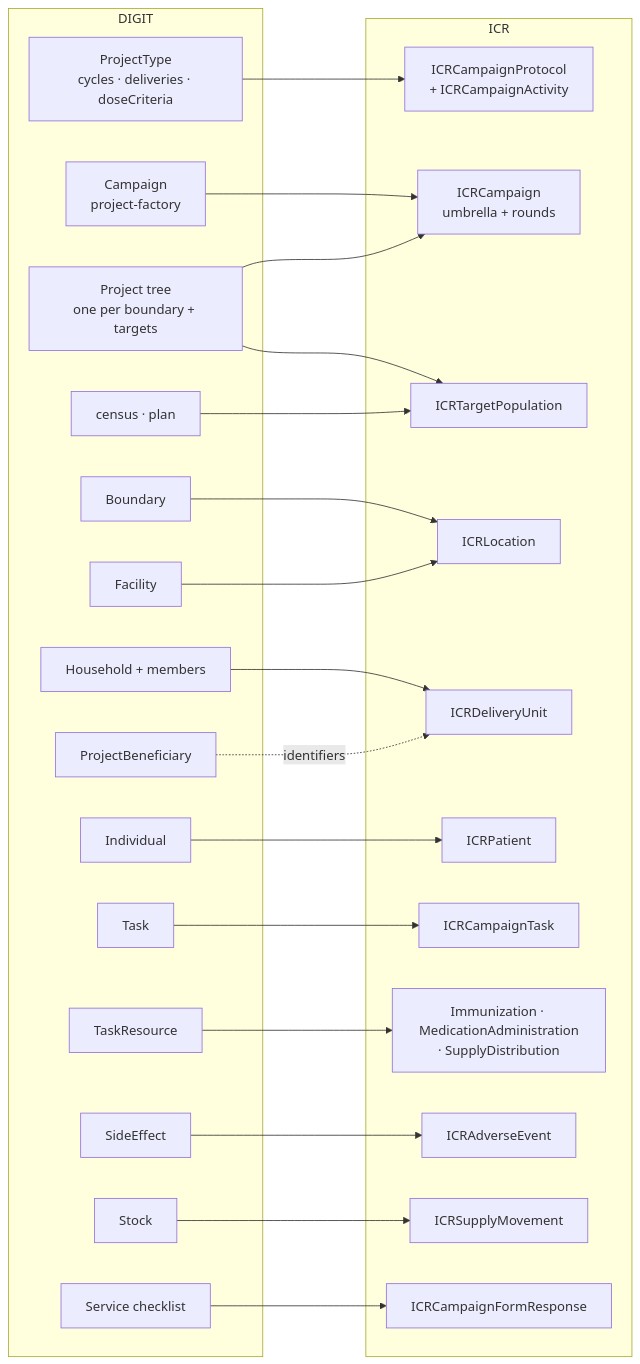
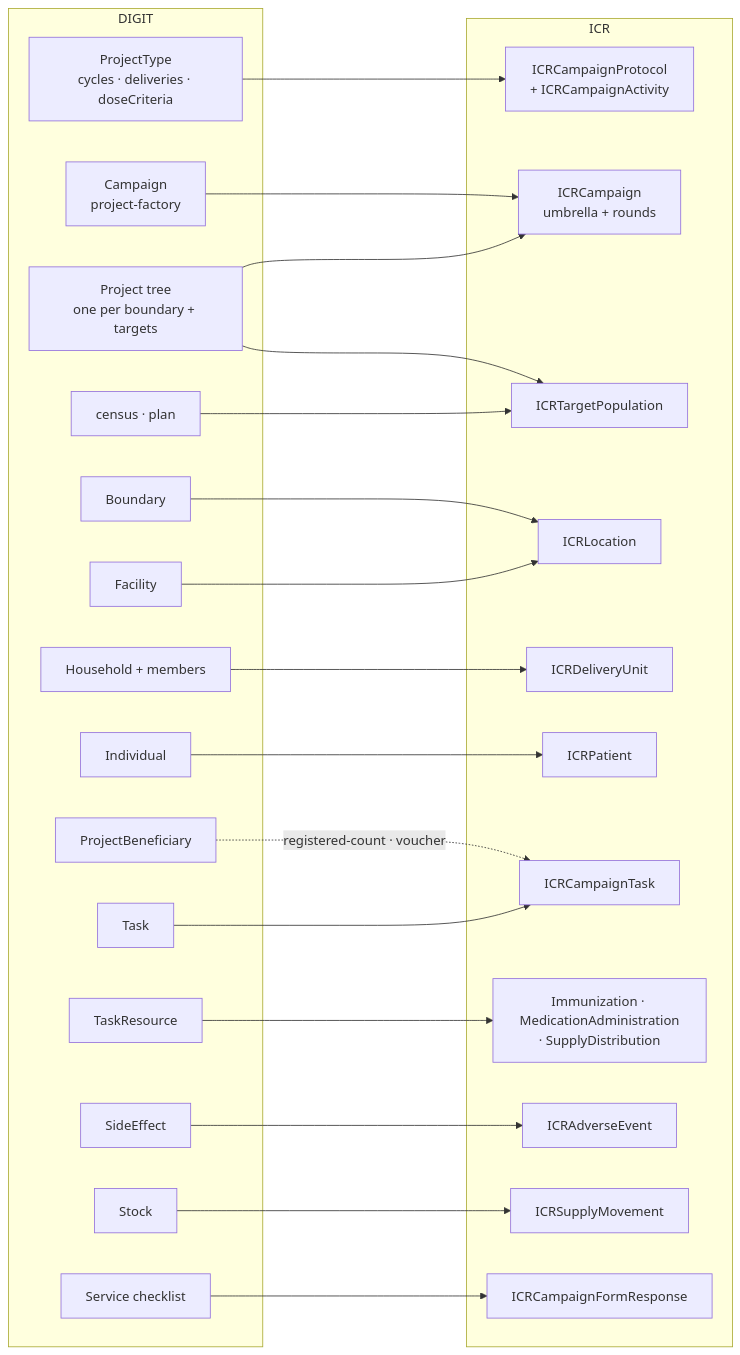
The diagram in project/digit.md (recodelabs/icr), drawn with Mermaid before and after one commit. The commit also changed other lines of this file and 1 other file, not shown here.

````diff
--- a/project/digit.md
+++ b/project/digit.md
@@ -181,47 +181,47 @@
 ```mermaid
 flowchart LR
   subgraph DIGIT
     PT[ProjectType<br/>cycles · deliveries · doseCriteria]
     CMP[Campaign<br/>project-factory]
     PR[Project tree<br/>one per boundary + targets]
     CEN[census · plan]
     BND[Boundary]
     FAC[Facility]
     HH[Household + members]
     IND[Individual]
     PB[ProjectBeneficiary]
     TK[Task]
     TR[TaskResource]
     SE[SideEffect]
     ST[Stock]
     SV[Service checklist]
   end
   subgraph ICR
     PD[ICRCampaignProtocol<br/>+ ICRCampaignActivity]
     CP[ICRCampaign<br/>umbrella + rounds]
     TP[ICRTargetPopulation]
     LOC[ICRLocation]
     DU[ICRDeliveryUnit]
     PAT[ICRPatient]
     CT[ICRCampaignTask]
     EV[Immunization · MedicationAdministration<br/>· SupplyDistribution]
     AE[ICRAdverseEvent]
     SM[ICRSupplyMovement]
     QR[ICRCampaignFormResponse]
   end
   PT --> PD
   CMP --> CP
   PR --> CP
   PR --> TP
   CEN --> TP
   BND --> LOC
   FAC --> LOC
   HH --> DU
   IND --> PAT
-  PB -.identifiers.-> DU
+  PB -.registered-count · voucher.-> CT
   TK --> CT
   TR --> EV
   SE --> AE
   ST --> SM
   SV --> QR
 ```
````
